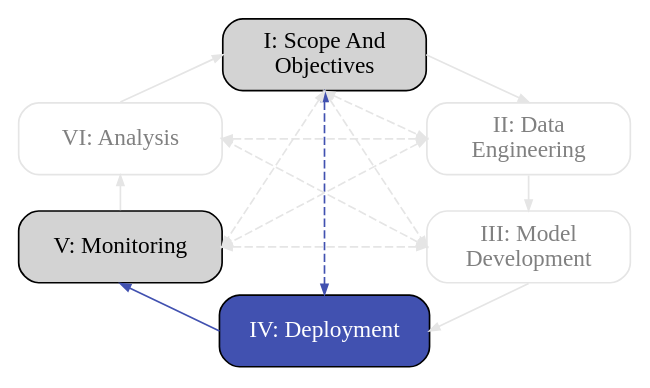
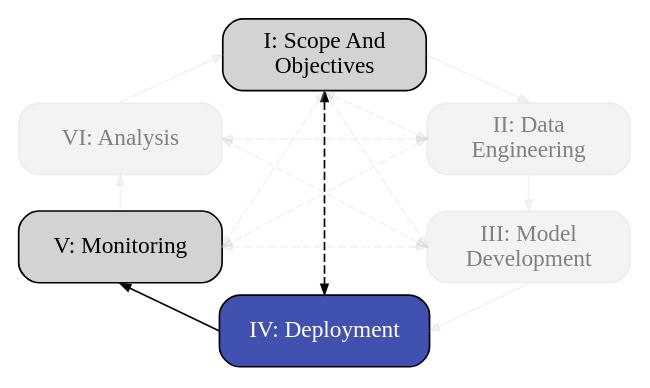
The fifth of 7 diagrams in docs/ml_lifecycle.rst (aria-ml/dataeval), drawn with Graphviz before and after one commit. The commit also changed other lines of this file and 2 other files, not shown here.

```diff
--- a/docs/ml_lifecycle.rst
+++ b/docs/ml_lifecycle.rst
@@ -220,30 +220,30 @@
 .. graphviz::
    
    digraph flowchart {
       node [shape=box,width=1.7,height=0.6]
       edge [arrowsize=0.6]
       layout="neato"
 
       1 [label="I: Scope And\nObjectives",style="rounded,filled",pos="1.7,2.5!",xref=":ref:`scope-objectives`"]
-      2 [label="II: Data\nEngineering",style="rounded,filled",pos="3.4,1.8!",xref=":ref:`data-engineering`",fontcolor="gray",color="gray90",fillcolor="white"]
-      3 [label="III: Model\nDevelopment",style="rounded,filled",pos="3.4,0.9!",xref=":ref:`model-development`",fontcolor="gray",color="gray90",fillcolor="white"]
+      2 [label="II: Data\nEngineering",style="rounded,filled",pos="3.4,1.8!",xref=":ref:`data-engineering`",fontcolor="gray",color="#C0C0C030",fillcolor="#C0C0C030"]
+      3 [label="III: Model\nDevelopment",style="rounded,filled",pos="3.4,0.9!",xref=":ref:`model-development`",fontcolor="gray",color="#C0C0C030",fillcolor="#C0C0C030"]
       4 [label="IV: Deployment",style="rounded,filled",pos="1.7,0.2!",fillcolor="#4151B0",fontcolor="white"]
       5 [label="V: Monitoring",style="rounded,filled",pos="0.0,0.9!",xref=":ref:`monitoring`"]
-      6 [label="VI: Analysis",style="rounded,filled",pos="0.0,1.8!",xref=":ref:`analysis`",fontcolor="gray",color="gray90",fillcolor="white"]
+      6 [label="VI: Analysis",style="rounded,filled",pos="0.0,1.8!",xref=":ref:`analysis`",fontcolor="gray",color="#C0C0C030",fillcolor="#C0C0C030"]
       
-      1:e->2:n [color="gray90"]
-      2:s->3:n [color="gray90"]
-      3:s->4:e [color="gray90"]
-      4:w->5:s [color="#4151B0"]
-      5:n->6:s [color="gray90"]
-      6:n->1:w [color="gray90"]
+      1:e->2:n [color="#C0C0C030",fillcolor="#C0C0C030"]
+      2:s->3:n [color="#C0C0C030",fillcolor="#C0C0C030"]
+      3:s->4:e [color="#C0C0C030",fillcolor="#C0C0C030"]
+      4:w->5:s
+      5:n->6:s [color="#C0C0C030",fillcolor="#C0C0C030"]
+      6:n->1:w [color="#C0C0C030",fillcolor="#C0C0C030"]
 
-      1:s->3:w [dir=both,style=dashed,color="gray90"]
-      1:s->4:n [dir=both,style=dashed,color="#4151B0"]
-      1:s->5:e [dir=both,style=dashed,color="gray90"]
-      1:s->2:w [dir=both,style=dashed,color="gray90"]
-      2:w->5:e [dir=both,style=dashed,color="gray90"]
-      2:w->6:e [dir=both,style=dashed,color="gray90"]
-      3:w->5:e [dir=both,style=dashed,color="gray90"]
-      3:w->6:e [dir=both,style=dashed,color="gray90"]
+      1:s->3:w [dir=both,style=dashed,color="#C0C0C030",fillcolor="#C0C0C030"]
+      1:s->4:n [dir=both,style=dashed]
+      1:s->5:e [dir=both,style=dashed,color="#C0C0C030",fillcolor="#C0C0C030"]
+      1:s->2:w [dir=both,style=dashed,color="#C0C0C030",fillcolor="#C0C0C030"]
+      2:w->5:e [dir=both,style=dashed,color="#C0C0C030",fillcolor="#C0C0C030"]
+      2:w->6:e [dir=both,style=dashed,color="#C0C0C030",fillcolor="#C0C0C030"]
+      3:w->5:e [dir=both,style=dashed,color="#C0C0C030",fillcolor="#C0C0C030"]
+      3:w->6:e [dir=both,style=dashed,color="#C0C0C030",fillcolor="#C0C0C030"]
    }
```
